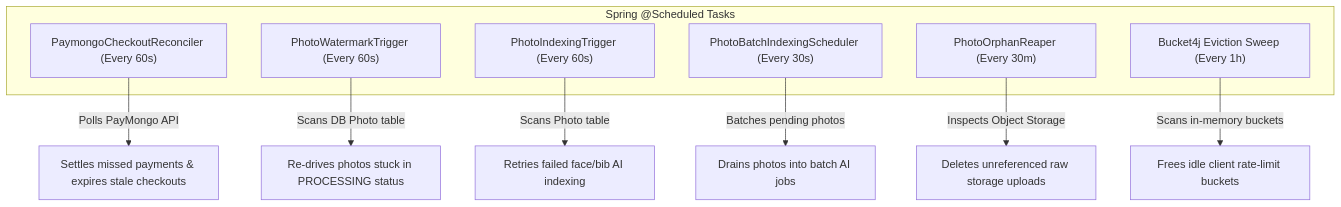
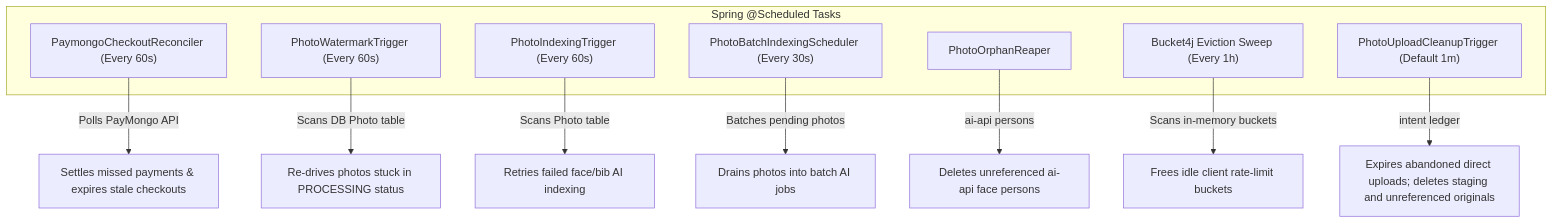
The sixth of 6 diagrams in docs/BACKEND_ARCHITECTURE_ANALYSIS.md (theo2815/Capstone-Project), drawn with Mermaid before and after one commit. The commit also changed other lines of this file, not shown here.

First line of the commit message:
docs: correct reaper behavior and add original inventory runbook

````diff
--- a/docs/BACKEND_ARCHITECTURE_ANALYSIS.md
+++ b/docs/BACKEND_ARCHITECTURE_ANALYSIS.md
@@ -576,18 +576,20 @@
 ```mermaid
 flowchart TD
     subgraph ScheduledTasks["Spring @Scheduled Tasks"]
         T1["PaymongoCheckoutReconciler (Every 60s)"]
         T2["PhotoWatermarkTrigger (Every 60s)"]
         T3["PhotoIndexingTrigger (Every 60s)"]
         T4["PhotoBatchIndexingScheduler (Every 30s)"]
-        T5["PhotoOrphanReaper (Every 30m)"]
+        T5["PhotoOrphanReaper"]
         T6["Bucket4j Eviction Sweep (Every 1h)"]
+        T7["PhotoUploadCleanupTrigger (Default 1m)"]
     end
 
     T1 -->|Polls PayMongo API| SettleMissedWebhooks["Settles missed payments & expires stale checkouts"]
     T2 -->|Scans DB Photo table| RecoverProcessingPhotos["Re-drives photos stuck in PROCESSING status"]
     T3 -->|Scans Photo table| RetryAiIndexing["Retries failed face/bib AI indexing"]
     T4 -->|Batches pending photos| BatchAiDrain["Drains photos into batch AI jobs"]
-    T5 -->|Inspects Object Storage| CleanOrphanFiles["Deletes unreferenced raw storage uploads"]
+    T5 -->|ai-api persons| ReapPersons["Deletes unreferenced ai-api face persons"]
     T6 -->|Scans in-memory buckets| EvictStaleBuckets["Frees idle client rate-limit buckets"]
+    T7 -->|intent ledger| CleanStaging["Expires abandoned direct uploads; deletes staging and unreferenced originals"]
 ```
````
